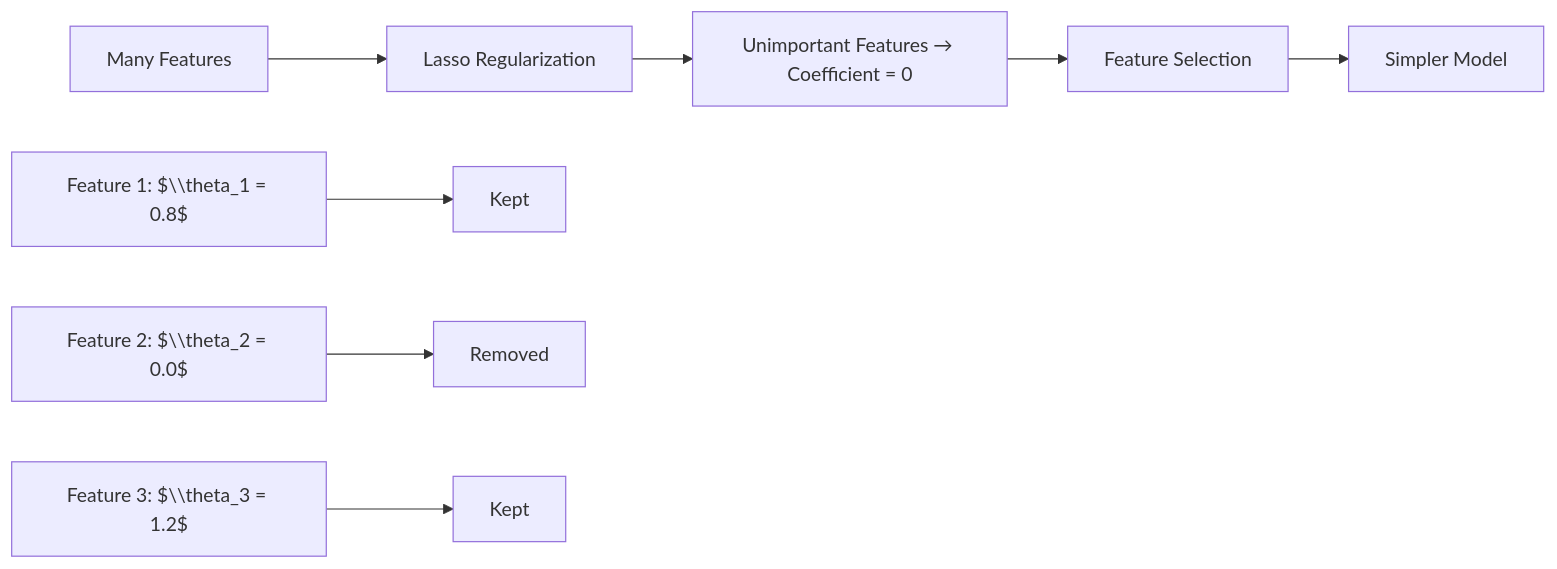
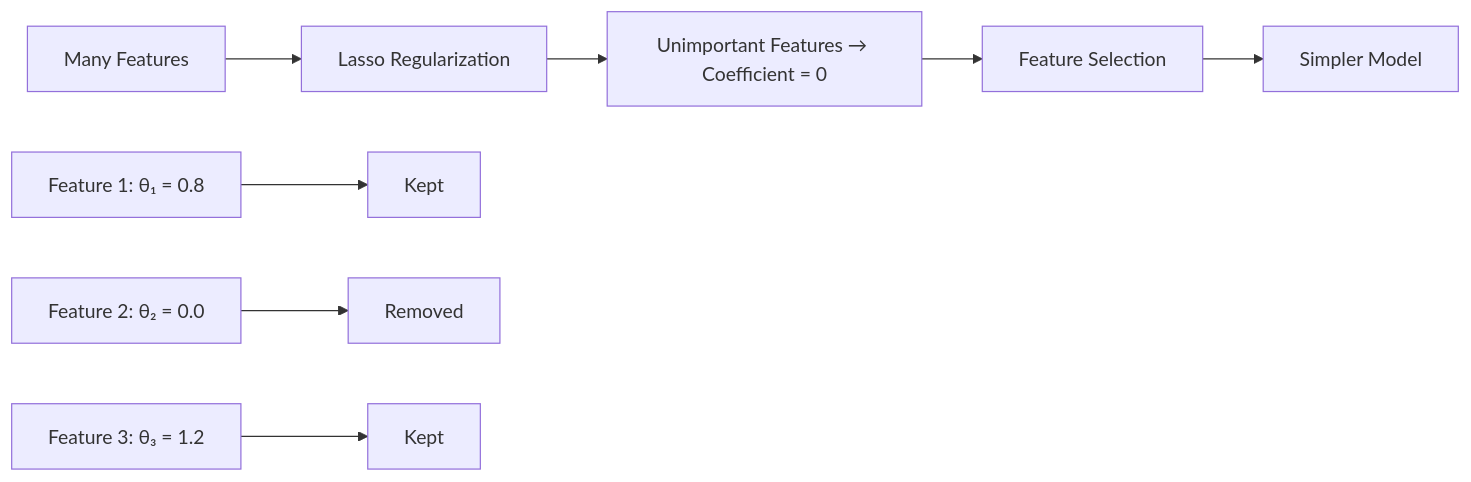
The third of 4 diagrams in ML Revision/04-Ridge-and-Lasso-Regression.md (nishant-iith/Learning-AI-ML), drawn with Mermaid before and after one commit. The commit also changed other lines of this file, not shown here.

````diff
--- a/ML Revision/04-Ridge-and-Lasso-Regression.md
+++ b/ML Revision/04-Ridge-and-Lasso-Regression.md
@@ -79,11 +79,11 @@
 ```mermaid
 flowchart LR
     A["Many Features"] --> B["Lasso Regularization"]
     B --> C["Unimportant Features → Coefficient = 0"]
     C --> D["Feature Selection"]
     D --> E["Simpler Model"]
 
-    F["Feature 1: $\\theta_1 = 0.8$"] --> G["Kept"]
-    H["Feature 2: $\\theta_2 = 0.0$"] --> I["Removed"]
-    J["Feature 3: $\\theta_3 = 1.2$"] --> K["Kept"]
+    F["Feature 1: θ₁ = 0.8"] --> G["Kept"]
+    H["Feature 2: θ₂ = 0.0"] --> I["Removed"]
+    J["Feature 3: θ₃ = 1.2"] --> K["Kept"]
 ```
````
